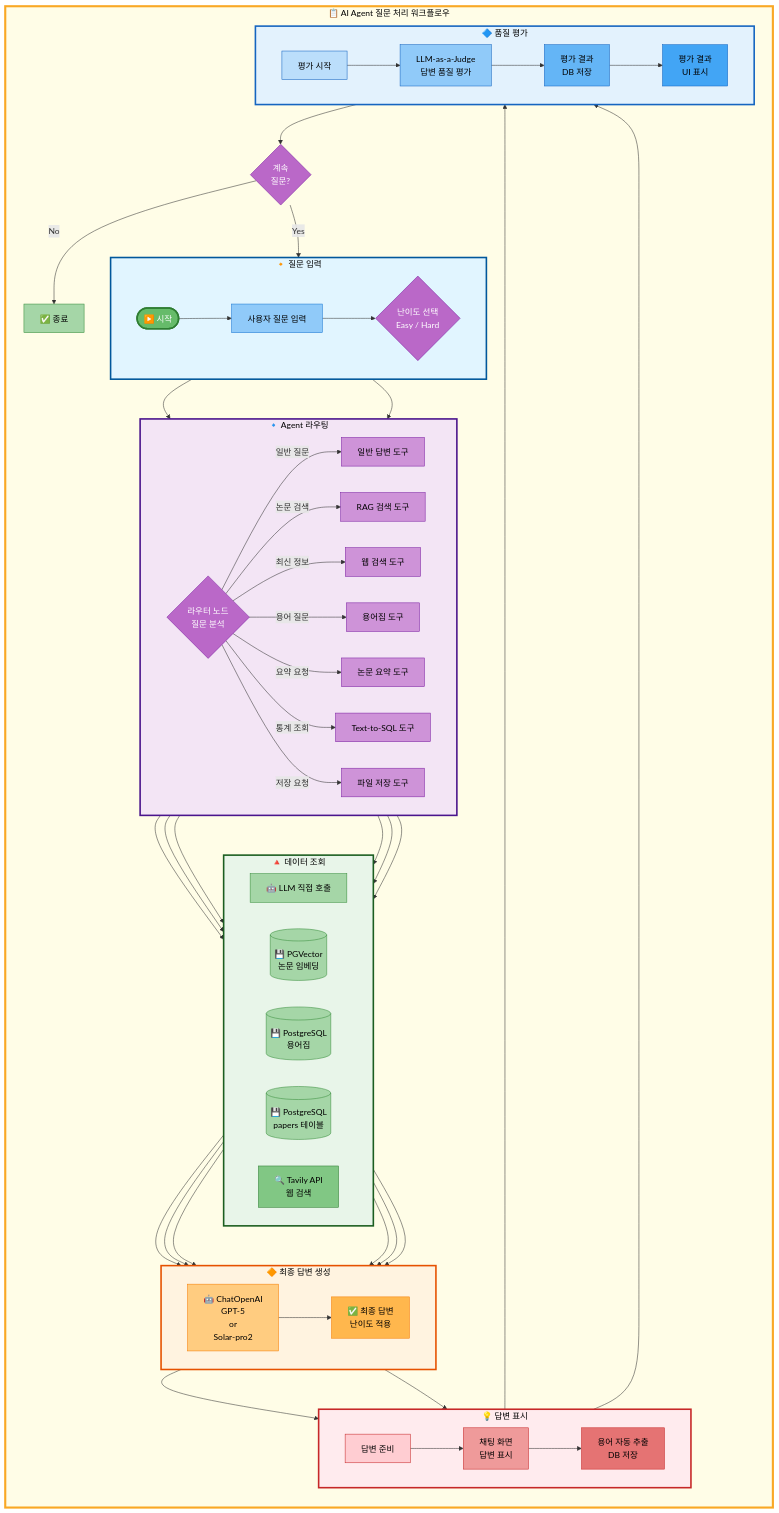
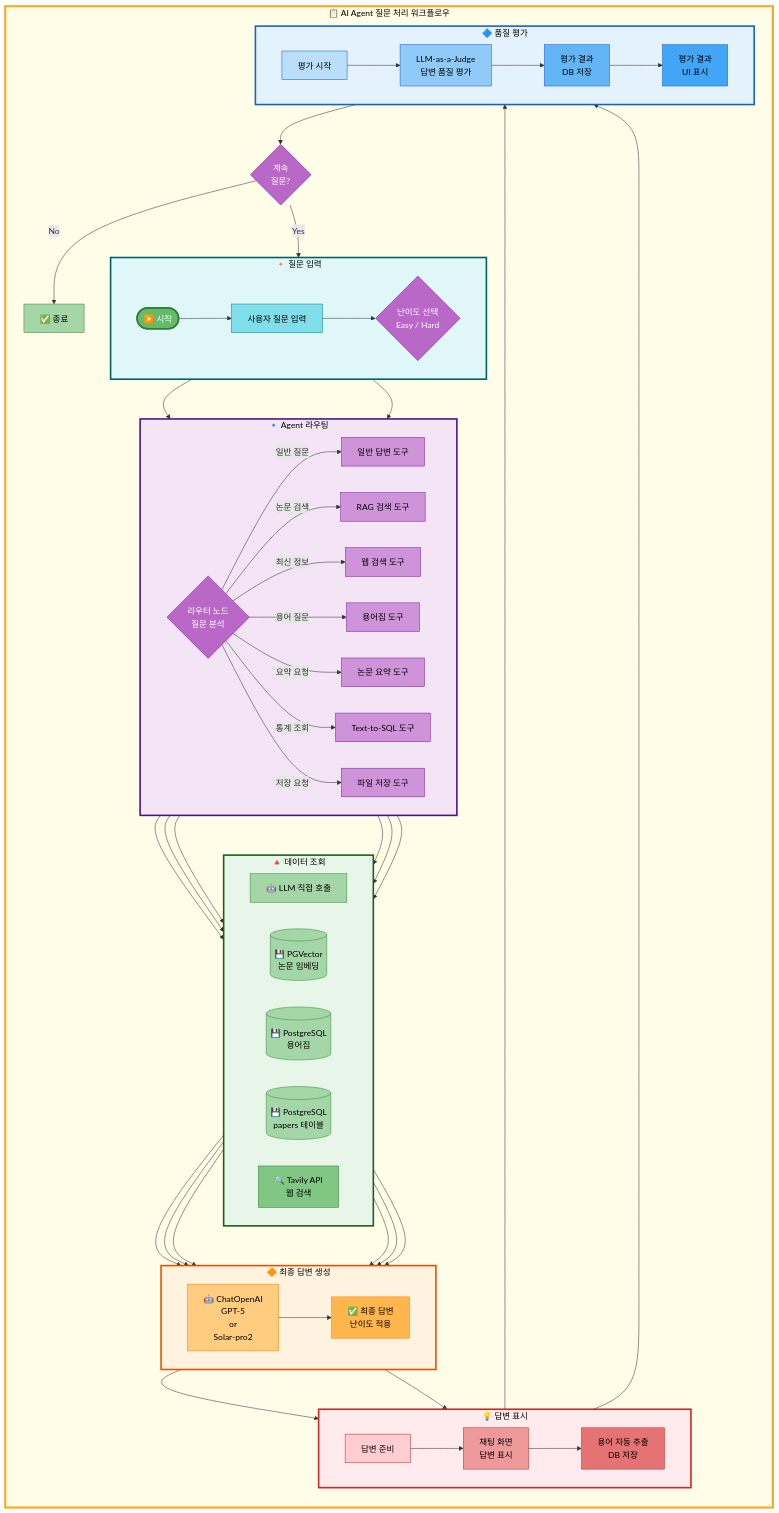
One commit to AIBootcamp14/langchainproject-new-langchainproject_5 changed the second of 3 diagrams in docs/modularization/01_프로젝트_구조.md. Above: the diagram before and after it, drawn with Mermaid.

Commit message:
docs: 질문 입력 그룹 색상을 청록색 계열로 변경
- 질문 입력 그룹: 파랑 → 청록(Cyan) 계열로 변경
- 배경색: #e0f7fa (옅은 청록)
- 테두리: #006064 (진한 청록)
- User 노드: #80deea (청록)
- 품질 평가 그룹과 색상 중복 해소

```diff
--- a/docs/modularization/01_프로젝트_구조.md
+++ b/docs/modularization/01_프로젝트_구조.md
@@ -186,16 +186,16 @@
     style MainFlow fill:#fffde7,stroke:#f9a825,stroke-width:4px,color:#000
 
     %% Subgraph 스타일
-    style Input fill:#e1f5ff,stroke:#01579b,stroke-width:3px,color:#000
+    style Input fill:#e0f7fa,stroke:#006064,stroke-width:3px,color:#000
     style AgentProcessing fill:#f3e5f5,stroke:#4a148c,stroke-width:3px,color:#000
     style DataRetrieval fill:#e8f5e9,stroke:#1b5e20,stroke-width:3px,color:#000
     style ResponseGen fill:#fff3e0,stroke:#e65100,stroke-width:3px,color:#000
     style Display fill:#ffebee,stroke:#c62828,stroke-width:3px,color:#000
     style Evaluation fill:#e3f2fd,stroke:#1565c0,stroke-width:3px,color:#000
 
-    %% 노드 스타일 (입력 - 파랑 계열)
+    %% 노드 스타일 (입력 - 청록 계열)
     style Start fill:#66bb6a,stroke:#2e7d32,stroke-width:3px,color:#fff
-    style User fill:#90caf9,stroke:#1976d2,color:#000
+    style User fill:#80deea,stroke:#00838f,color:#000
     style Difficulty fill:#ba68c8,stroke:#7b1fa2,color:#fff
 
     %% 노드 스타일 (Agent - 보라 계열)
```
